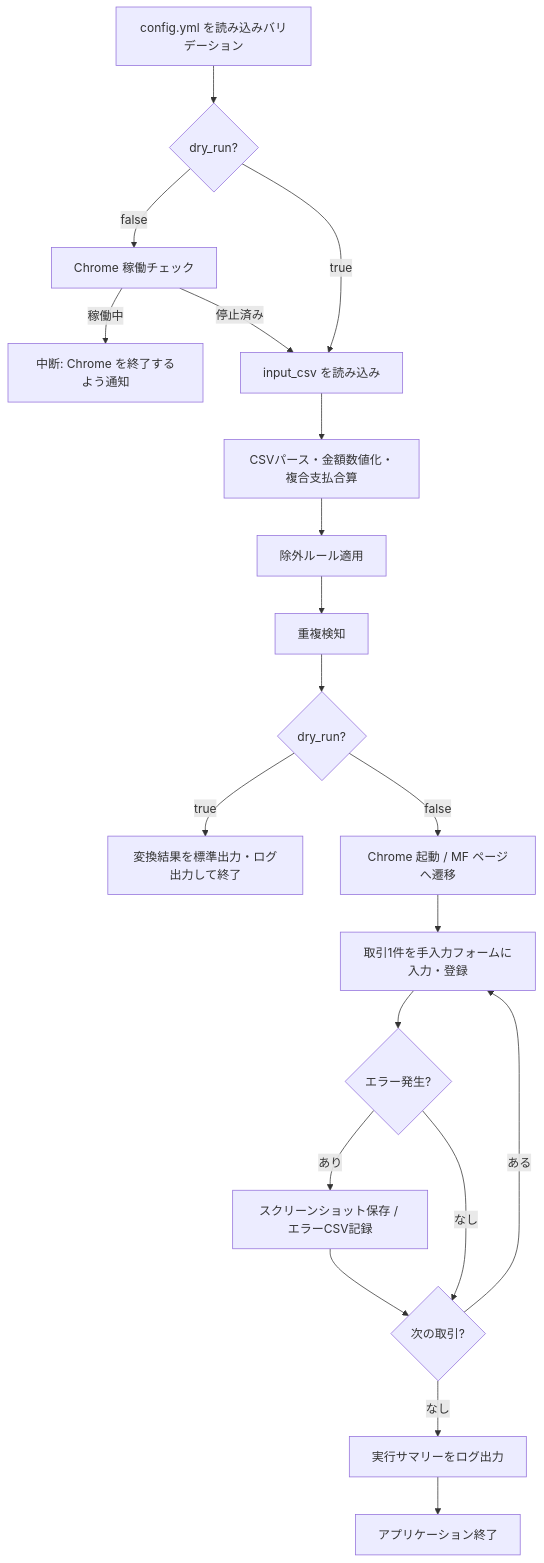
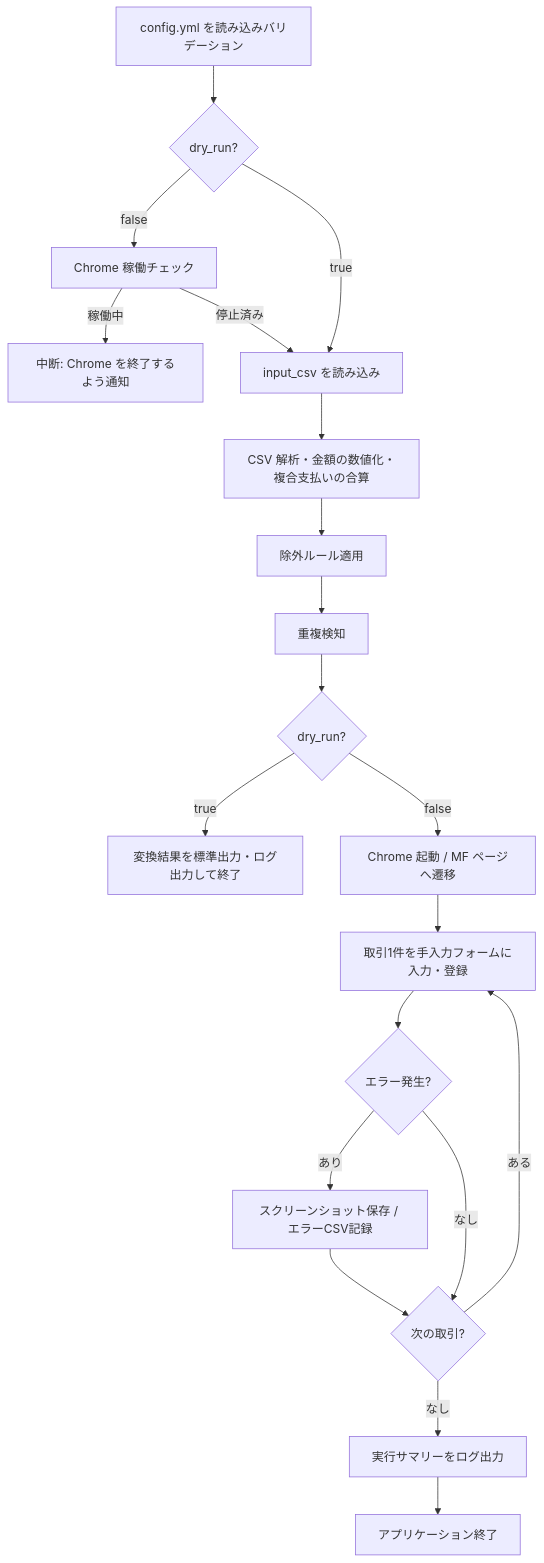
Before and after one commit to Shinoryo/PayPay2MF: the diagram in README.md, drawn with Mermaid. The commit also changed other lines of this file, not shown here.

````diff
--- a/README.md
+++ b/README.md
@@ -170,22 +170,22 @@
 ```mermaid
 flowchart TD
     A[config.yml を読み込みバリデーション] --> B{dry_run?}
     B -->|false| C[Chrome 稼働チェック]
     C -->|稼働中| D[中断: Chrome を終了するよう通知]
     C -->|停止済み| E[input_csv を読み込み]
     B -->|true| E
-    E --> F[CSVパース・金額数値化・複合支払合算]
+    E --> F[CSV 解析・金額の数値化・複合支払いの合算]
     F --> G[除外ルール適用]
     G --> H[重複検知]
     H --> I{dry_run?}
     I -->|true| J[変換結果を標準出力・ログ出力して終了]
     I -->|false| K[Chrome 起動 / MF ページへ遷移]
     K --> L[取引1件を手入力フォームに入力・登録]
     L --> M{エラー発生?}
     M -->|あり| N[スクリーンショット保存 / エラーCSV記録]
     N --> O{次の取引?}
     M -->|なし| O
     O -->|ある| L
     O -->|なし| P[実行サマリーをログ出力]
     P --> Q[アプリケーション終了]
 ```
````
